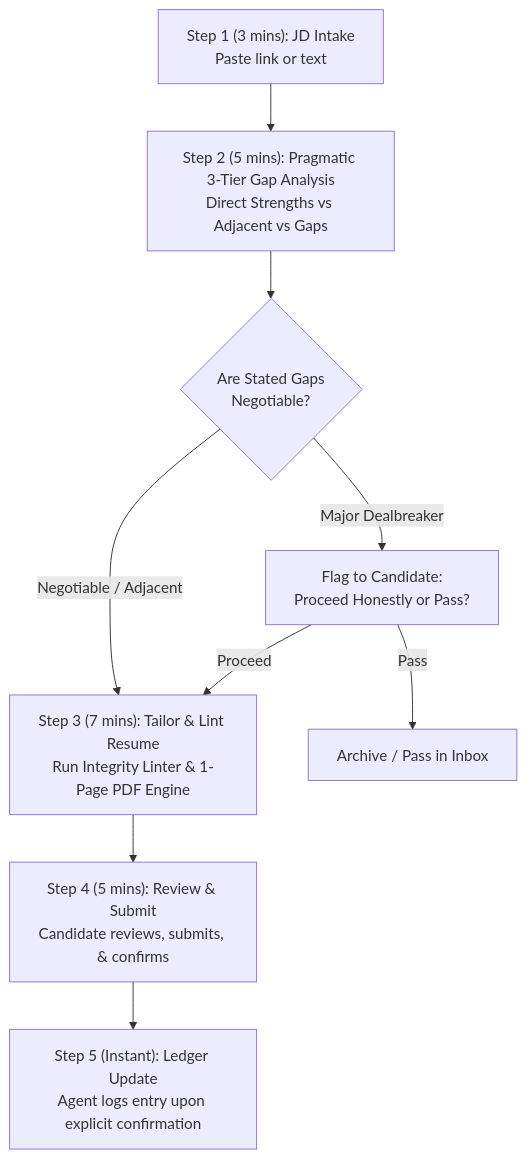
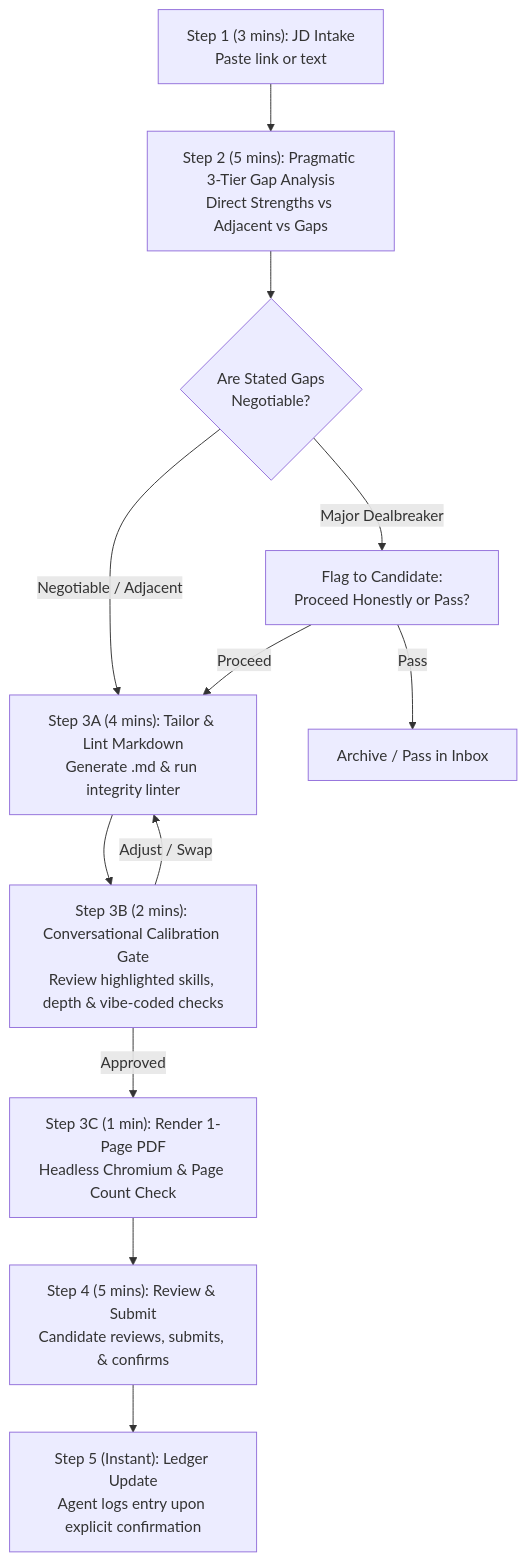
One commit to clangdanggames/agentic-career-engine changed the diagram in workflows/job_hunt_workflow.md. Above: the diagram before and after it, drawn with Mermaid. The commit also changed other lines of this file and 3 other files, not shown here.

Commit message:
feat: add cross-industry depth calibration, anti-generational drift rule, and conversational review gate

````diff
--- a/workflows/job_hunt_workflow.md
+++ b/workflows/job_hunt_workflow.md
@@ -43,11 +81,14 @@
 ```mermaid
 flowchart TD
     Step1["Step 1 (3 mins): JD Intake\nPaste link or text"] --> Step2["Step 2 (5 mins): Pragmatic 3-Tier Gap Analysis\nDirect Strengths vs Adjacent vs Gaps"]
     Step2 --> Gate{"Are Stated Gaps\nNegotiable?"}
     Gate -- "Major Dealbreaker" --> Review["Flag to Candidate:\nProceed Honestly or Pass?"]
-    Gate -- "Negotiable / Adjacent" --> Step3["Step 3 (7 mins): Tailor & Lint Resume\nRun Integrity Linter & 1-Page PDF Engine"]
-    Review -- "Proceed" --> Step3
+    Gate -- "Negotiable / Adjacent" --> Step3A["Step 3A (4 mins): Tailor & Lint Markdown\nGenerate .md & run integrity linter"]
+    Review -- "Proceed" --> Step3A
     Review -- "Pass" --> Archive["Archive / Pass in Inbox"]
-    Step3 --> Step4["Step 4 (5 mins): Review & Submit\nCandidate reviews, submits, & confirms"]
+    Step3A --> Step3B["Step 3B (2 mins): Conversational Calibration Gate\nReview highlighted skills, depth & vibe-coded checks"]
+    Step3B -- "Adjust / Swap" --> Step3A
+    Step3B -- "Approved" --> Step3C["Step 3C (1 min): Render 1-Page PDF\nHeadless Chromium & Page Count Check"]
+    Step3C --> Step4["Step 4 (5 mins): Review & Submit\nCandidate reviews, submits, & confirms"]
     Step4 --> Log["Step 5 (Instant): Ledger Update\nAgent logs entry upon explicit confirmation"]
 ```
````
